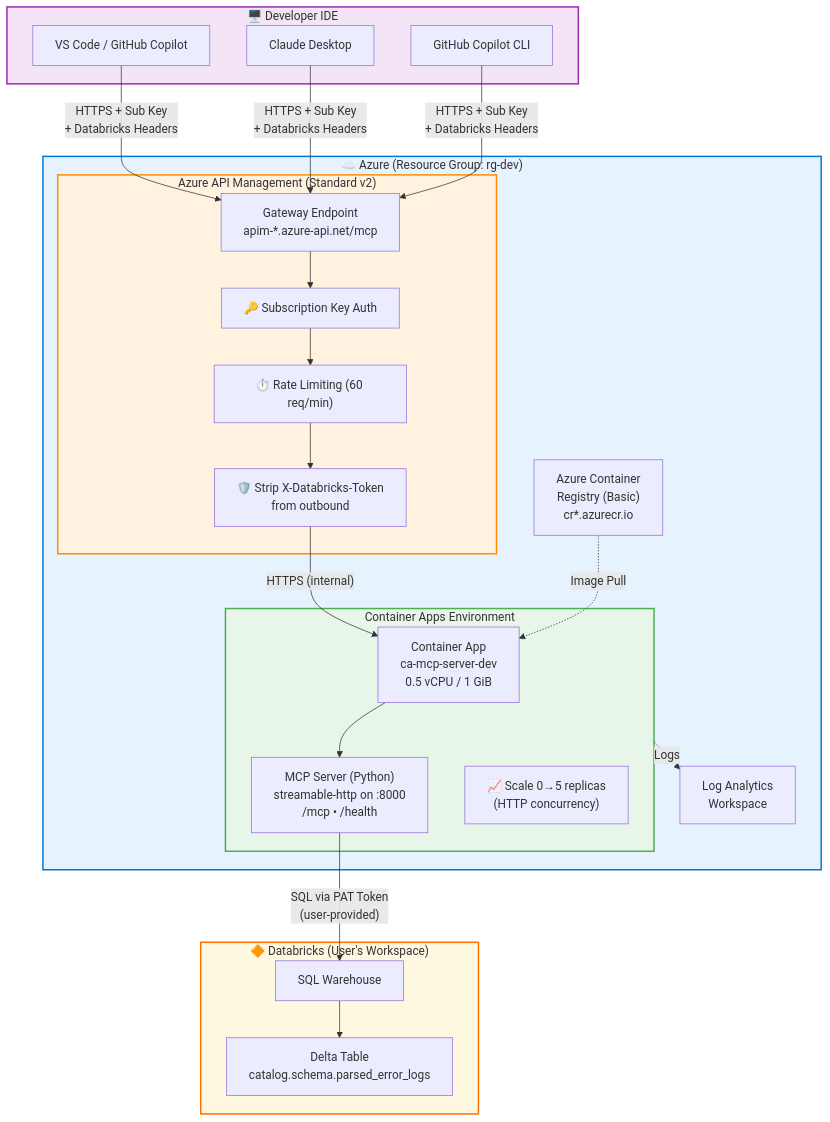
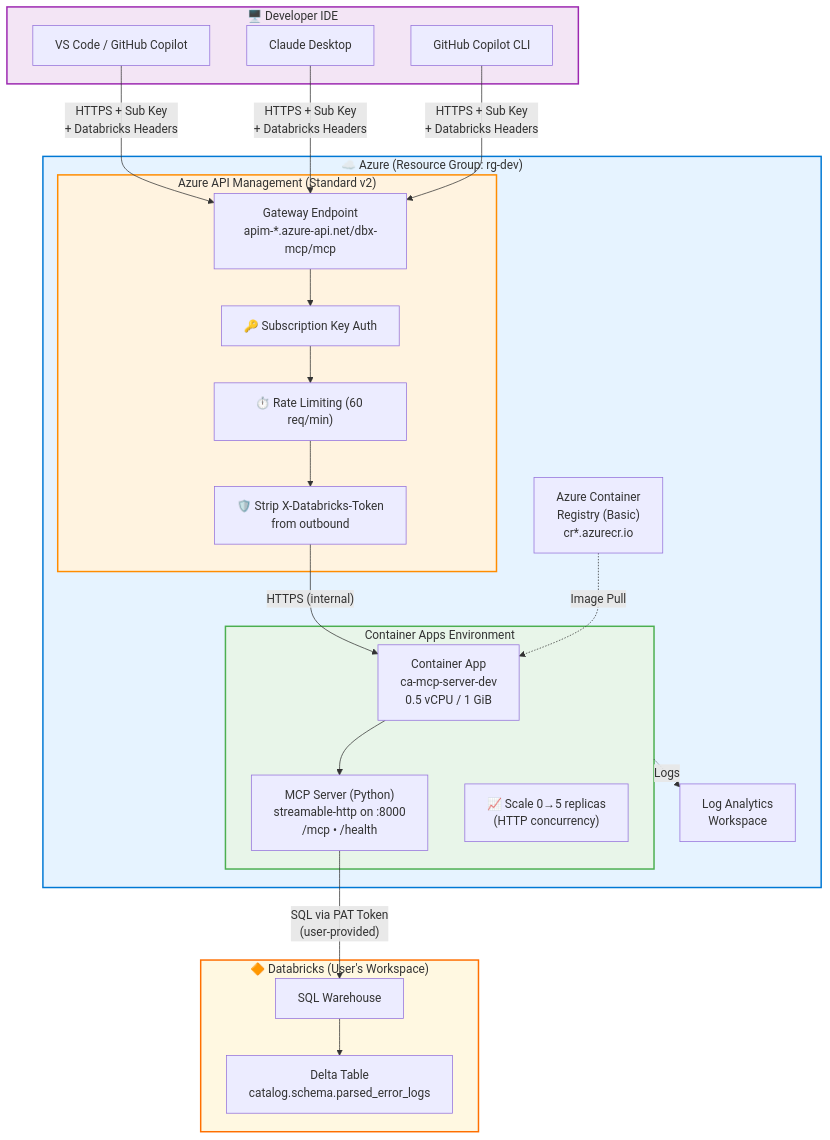
One commit to ms-mfg-community/dbx-mcp-server changed the first of 2 diagrams in AZURE_DEPLOYMENT.md. Above: the diagram before and after it, drawn with Mermaid. The commit also changed other lines of this file and 2 other files, not shown here.

First line of the commit message:
Switch to APIM native MCP server support, add security guidance

````diff
--- a/AZURE_DEPLOYMENT.md
+++ b/AZURE_DEPLOYMENT.md
@@ -7,50 +7,50 @@
 ```mermaid
 graph TB
     subgraph Client["🖥️ Developer IDE"]
         VSCode["VS Code / GitHub Copilot"]
         Claude["Claude Desktop"]
         CLI["GitHub Copilot CLI"]
     end
 
     subgraph Azure["☁️ Azure (Resource Group: rg-dev)"]
         subgraph APIM["Azure API Management (Standard v2)"]
-            APIMGw["Gateway Endpoint<br/>apim-*.azure-api.net/mcp"]
+            APIMGw["Gateway Endpoint<br/>apim-*.azure-api.net/dbx-mcp/mcp"]
             SubKey["🔑 Subscription Key Auth"]
             RateLimit["⏱️ Rate Limiting (60 req/min)"]
             StripToken["🛡️ Strip X-Databricks-Token<br/>from outbound"]
         end
 
         subgraph CAE["Container Apps Environment"]
             CA["Container App<br/>ca-mcp-server-dev<br/>0.5 vCPU / 1 GiB"]
             MCP["MCP Server (Python)<br/>streamable-http on :8000<br/>/mcp  •  /health"]
             Scale["📈 Scale 0→5 replicas<br/>(HTTP concurrency)"]
         end
 
         ACR["Azure Container<br/>Registry (Basic)<br/>cr*.azurecr.io"]
         LAW["Log Analytics<br/>Workspace"]
     end
 
     subgraph DBX["🔶 Databricks (User's Workspace)"]
         SQL["SQL Warehouse"]
         Delta["Delta Table<br/>catalog.schema.parsed_error_logs"]
     end
 
     VSCode -- "HTTPS + Sub Key<br/>+ Databricks Headers" --> APIMGw
     Claude -- "HTTPS + Sub Key<br/>+ Databricks Headers" --> APIMGw
     CLI -- "HTTPS + Sub Key<br/>+ Databricks Headers" --> APIMGw
 
     APIMGw --> SubKey --> RateLimit --> StripToken
     StripToken -- "HTTPS (internal)" --> CA
     CA --> MCP
     MCP -- "SQL via PAT Token<br/>(user-provided)" --> SQL
     SQL --> Delta
 
     ACR -. "Image Pull" .-> CA
     CAE -. "Logs" .-> LAW
 
     style Azure fill:#e6f3ff,stroke:#0078d4,stroke-width:2px
     style APIM fill:#fff3e0,stroke:#ff8c00,stroke-width:2px
     style CAE fill:#e8f5e9,stroke:#4caf50,stroke-width:2px
     style DBX fill:#fff8e1,stroke:#ff6f00,stroke-width:2px
     style Client fill:#f3e5f5,stroke:#9c27b0,stroke-width:2px
 ```
````
